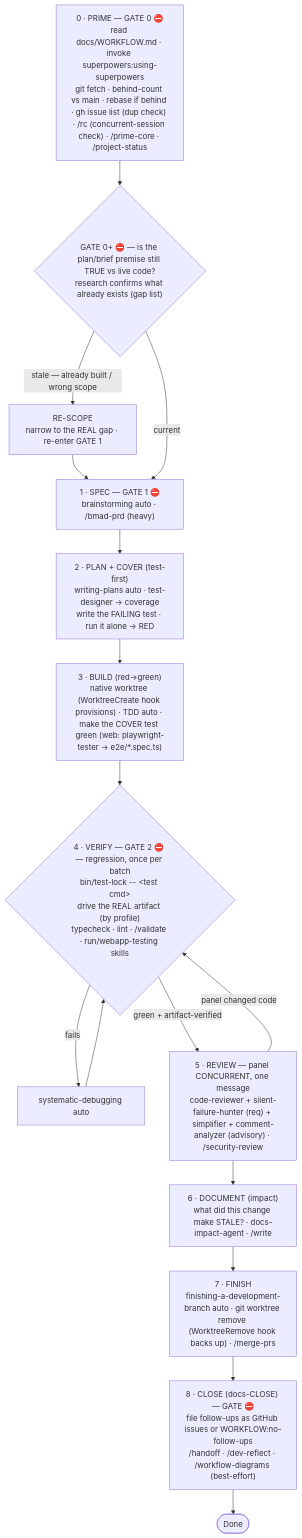
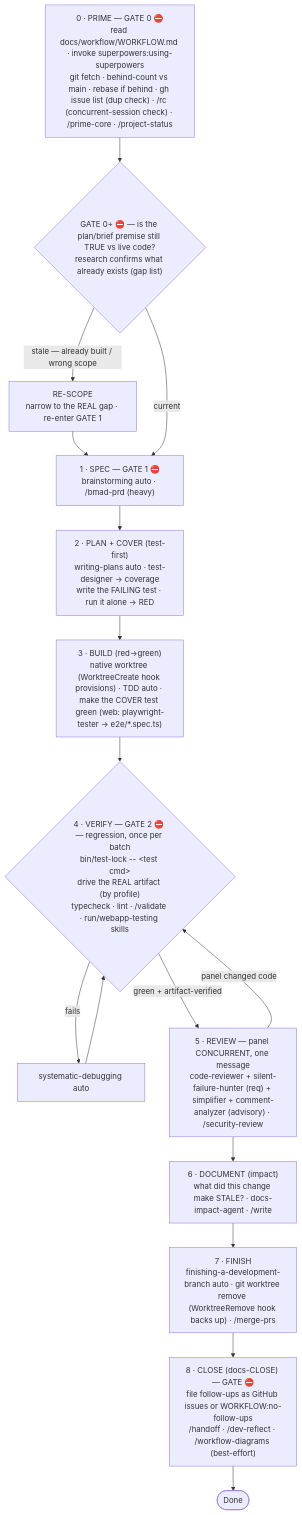
One commit to HenriGeorge/Yannick changed the first of 2 diagrams in .claude/rules/workflow.md. Above: the diagram before and after it, drawn with Mermaid. The commit also changed other lines of this file and 10 other files, not shown here.

````diff
--- a/.claude/rules/workflow.md
+++ b/.claude/rules/workflow.md
@@ -43,20 +43,20 @@
 ```mermaid
 flowchart TD
-    P0["0 · PRIME — GATE 0 ⛔<br/>read docs/WORKFLOW.md · invoke superpowers:using-superpowers<br/>git fetch · behind-count vs main · rebase if behind · gh issue list (dup check) · /rc (concurrent-session check) · /prime-core · /project-status"] --> G0
+    P0["0 · PRIME — GATE 0 ⛔<br/>read docs/workflow/WORKFLOW.md · invoke superpowers:using-superpowers<br/>git fetch · behind-count vs main · rebase if behind · gh issue list (dup check) · /rc (concurrent-session check) · /prime-core · /project-status"] --> G0
     G0{"GATE 0+ ⛔ — is the plan/brief premise still TRUE vs live code?<br/>research confirms what already exists (gap list)"}
     G0 -->|"stale — already built / wrong scope"| RS["RE-SCOPE<br/>narrow to the REAL gap · re-enter GATE 1"]
     RS --> P1
     G0 -->|"current"| P1
     P1["1 · SPEC — GATE 1 ⛔<br/>brainstorming auto · /bmad-prd (heavy)"] --> P2
     P2["2 · PLAN + COVER (test-first)<br/>writing-plans auto · test-designer → coverage<br/>write the FAILING test · run it alone → RED"] --> P3
     P3["3 · BUILD (red→green)<br/>native worktree (WorktreeCreate hook provisions) · TDD auto · make the COVER test green (web: playwright-tester → e2e/*.spec.ts)"] --> P4
     P4{"4 · VERIFY — GATE 2 ⛔ — regression, once per batch<br/>bin/test-lock -- &lt;test cmd&gt;<br/>drive the REAL artifact (by profile)<br/>typecheck · lint · /validate · run/webapp-testing skills"}
     P4 -->|fails| DBG["systematic-debugging auto"]
     DBG --> P4
     P4 -->|"green + artifact-verified"| P5["5 · REVIEW — panel CONCURRENT, one message<br/>code-reviewer + silent-failure-hunter (req) + simplifier + comment-analyzer (advisory) · /security-review"]
     P5 -->|"panel changed code"| P4
     P5 --> P6["6 · DOCUMENT (impact)<br/>what did this change make STALE? · docs-impact-agent · /write"]
     P6 --> P7["7 · FINISH<br/>finishing-a-development-branch auto · git worktree remove (WorktreeRemove hook backs up) · /merge-prs"]
     P7 --> P8["8 · CLOSE (docs-CLOSE) — GATE ⛔<br/>file follow-ups as GitHub issues or WORKFLOW:no-follow-ups<br/>/handoff · /dev-reflect · /workflow-diagrams (best-effort)"]
     P8 --> Done([Done])
 ```
````
